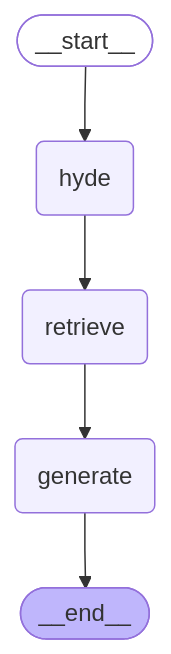
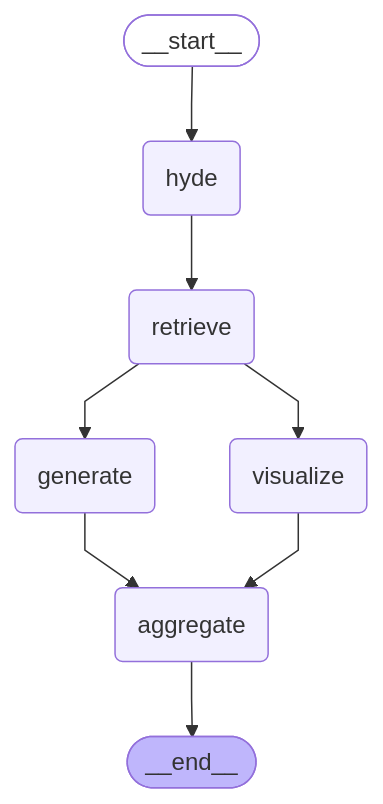
One commit to jhpark324/jungjung-backend changed the diagram in backend/docs/rag_graph.md. Above: the diagram before and after it, drawn with Mermaid. The commit also changed other lines of this file and 10 other files, not shown here.

````diff
--- a/backend/docs/rag_graph.md
+++ b/backend/docs/rag_graph.md
@@ -3,21 +3,26 @@
 ```mermaid
 ---
 config:
   flowchart:
     curve: linear
 ---
 graph TD;
 	__start__([<p>__start__</p>]):::first
 	hyde(hyde)
 	retrieve(retrieve)
 	generate(generate)
+	visualize(visualize)
+	aggregate(aggregate)
 	__end__([<p>__end__</p>]):::last
 	__start__ --> hyde;
 	hyde --> retrieve;
 	retrieve --> generate;
-	generate --> __end__;
+	retrieve --> visualize;
+	generate --> aggregate;
+	visualize --> aggregate;
+	aggregate --> __end__;
 	classDef default fill:#f2f0ff,line-height:1.2
 	classDef first fill-opacity:0
 	classDef last fill:#bfb6fc
 
 ```
````
